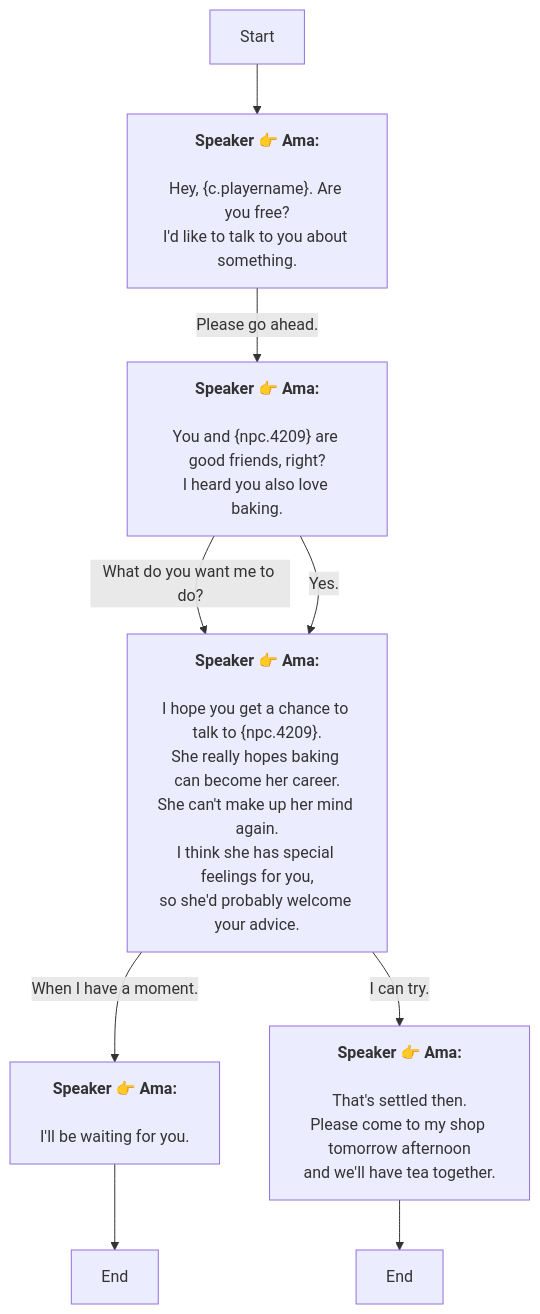
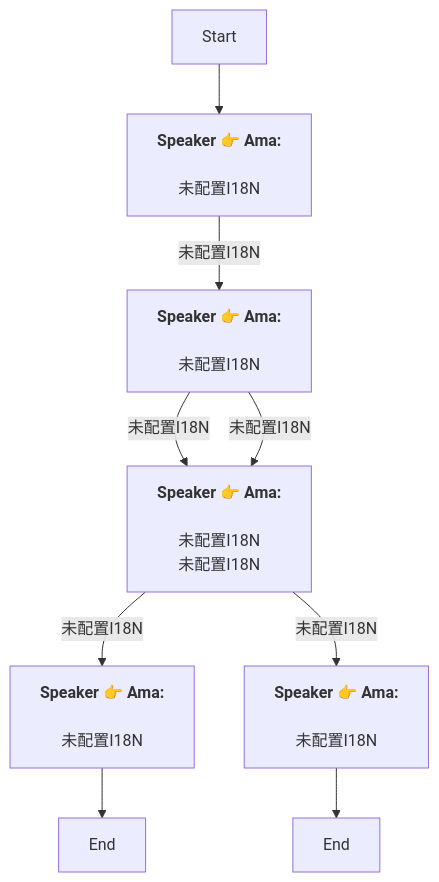
Before and after one commit to SoftHu/tos_avg: the diagram in En/QuestStartTalkENode_1754299649006153.md, drawn with Mermaid. The commit also changed 730 other files, not shown here.

````diff
--- a/En/QuestStartTalkENode_1754299649006153.md
+++ b/En/QuestStartTalkENode_1754299649006153.md
@@ -1,28 +1,18 @@
 ```mermaid
 graph
 Start -->1754300389577294[<b>Speaker 👉 Ama:</b>
-\nHey, &lbrace;c.playername&rbrace;. Are you free?
-I'd like to talk to you about something.]
-1754300389577294 -->|Please go ahead.|1754300443254355[<b>Speaker 👉 Ama:</b>
-\nYou and &lbrace;npc.4209&rbrace; are good friends, right?
-I heard you also love baking.]
-1754300443254355 -->|What do you want me to do?|1754300489287257[<b>Speaker 👉 Ama:</b>
-\nI hope you get a chance to talk to &lbrace;npc.4209&rbrace;.
-She really hopes baking can become her career.\nShe can't make up her mind again.
-I think she has special feelings for you,
-so she'd probably welcome your advice.]
-1754300443254355 -->|Yes.|1754300489287257[<b>Speaker 👉 Ama:</b>
-\nI hope you get a chance to talk to &lbrace;npc.4209&rbrace;.
-She really hopes baking can become her career.\nShe can't make up her mind again.
-I think she has special feelings for you,
-so she'd probably welcome your advice.]
-1754300489287257 -->|When I have a moment.|1754300946867810[<b>Speaker 👉 Ama:</b>
-\nI'll be waiting for you.]
-1754300489287257 -->|I can try.|1754300932487777[<b>Speaker 👉 Ama:</b>
-\nThat's settled then.
-Please come to my shop tomorrow afternoon
-and we'll have tea together.]
+\n未配置I18N]
+1754300389577294 -->|未配置I18N|1754300443254355[<b>Speaker 👉 Ama:</b>
+\n未配置I18N]
+1754300443254355 -->|未配置I18N|1754300489287257[<b>Speaker 👉 Ama:</b>
+\n未配置I18N\n未配置I18N]
+1754300443254355 -->|未配置I18N|1754300489287257[<b>Speaker 👉 Ama:</b>
+\n未配置I18N\n未配置I18N]
+1754300489287257 -->|未配置I18N|1754300946867810[<b>Speaker 👉 Ama:</b>
+\n未配置I18N]
+1754300489287257 -->|未配置I18N|1754300932487777[<b>Speaker 👉 Ama:</b>
+\n未配置I18N]
 1754300932487777 -->1754300921031264[End]
 1754300946867810 -->1754300914270815[End]
 
 ```
````
